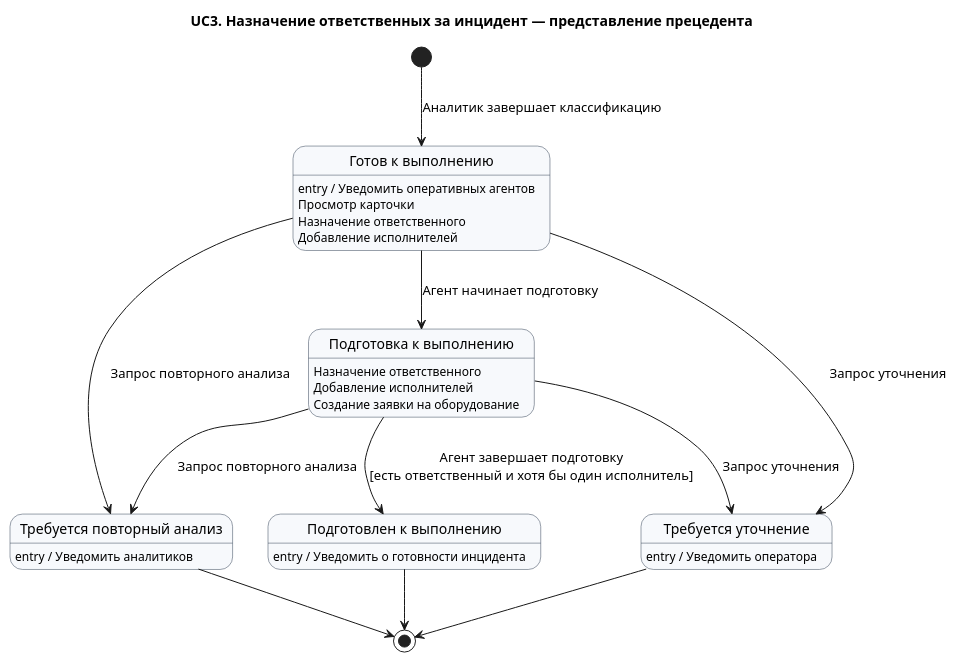
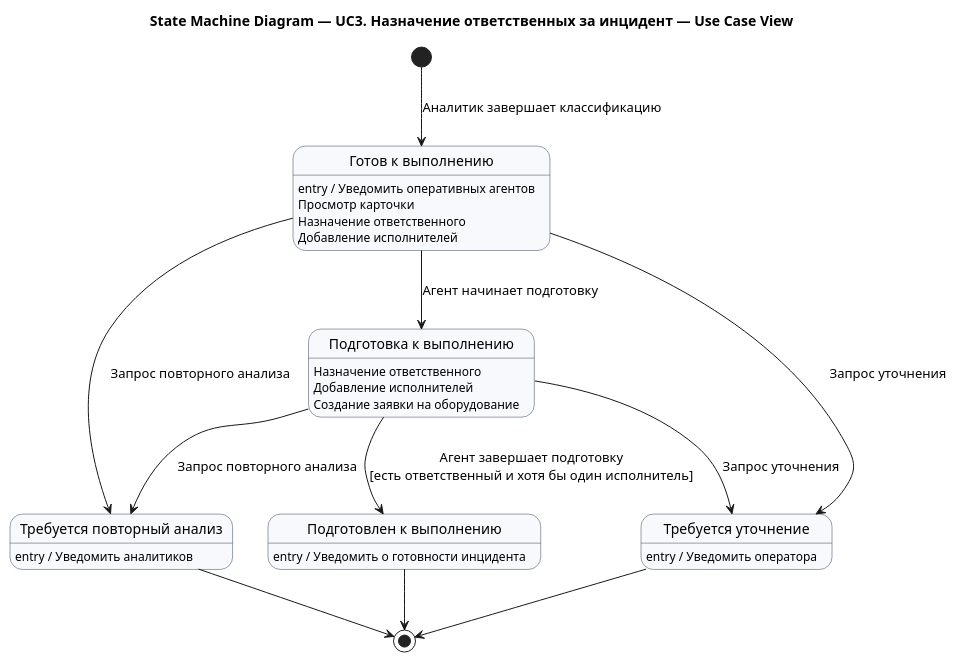
One commit to Andryss/AIMS changed the first of 3 diagrams in docs/state-machine/UC3.md. Above: the diagram before and after it, drawn with PlantUML. The commit also changed other lines of this file and 31 other files, not shown here.

````diff
--- a/docs/state-machine/UC3.md
+++ b/docs/state-machine/UC3.md
@@ -3,44 +3,44 @@
 ```plantuml
 @startuml aims_uc3_state_machine_use_case_view
-title UC3. Назначение ответственных за инцидент — представление прецедента
+title State Machine Diagram — UC3. Назначение ответственных за инцидент — Use Case View
 scale max 3800 width
 
 skinparam shadowing false
 skinparam state {
   BackgroundColor #F7F9FC
   BorderColor #334155
   StartColor #166534
   EndColor #991B1B
 }
 
 state "Готов к выполнению" as Ready
 state "Подготовка к выполнению" as Preparation
 state "Подготовлен к выполнению" as Prepared
 state "Требуется уточнение" as Clarification
 state "Требуется повторный анализ" as Reanalysis
 
 Ready : entry / Уведомить оперативных агентов
 Ready : Просмотр карточки
 Ready : Назначение ответственного
 Ready : Добавление исполнителей
 Preparation : Назначение ответственного
 Preparation : Добавление исполнителей
 Preparation : Создание заявки на оборудование
 Prepared : entry / Уведомить о готовности инцидента
 Clarification : entry / Уведомить оператора
 Reanalysis : entry / Уведомить аналитиков
 
 [*] --> Ready : Аналитик завершает классификацию
 Ready --> Preparation : Агент начинает подготовку
 Preparation --> Prepared : Агент завершает подготовку\n[есть ответственный и хотя бы один исполнитель]
 
 Ready --> Clarification : Запрос уточнения
 Ready --> Reanalysis : Запрос повторного анализа
 Preparation --> Clarification : Запрос уточнения
 Preparation --> Reanalysis : Запрос повторного анализа
 
 Prepared --> [*]
 Clarification --> [*]
 Reanalysis --> [*]
 @enduml
 ```
````
